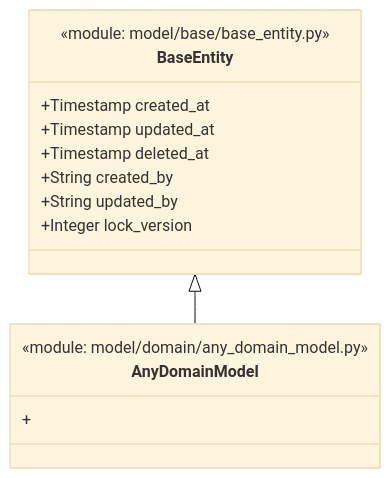
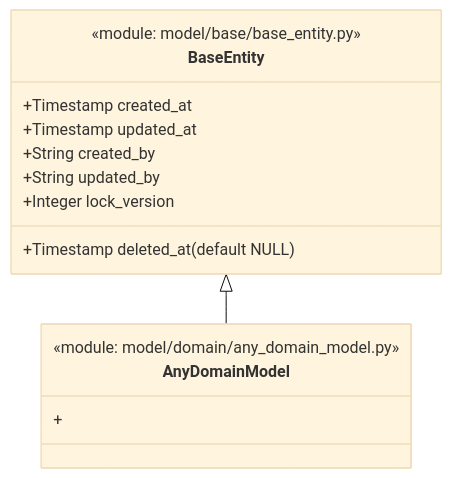
One commit to eSynergy-Solutions/architecture-patterns changed the sixth of 6 diagrams in Patterns/Apps/Microservices/python/BDP-FastApi-agentic.md. Above: the diagram before and after it, drawn with Mermaid (base theme).

Commit message:
Add default NULL note to deleted_at in BaseEntity diagram

````diff
--- a/Patterns/Apps/Microservices/python/BDP-FastApi-agentic.md
+++ b/Patterns/Apps/Microservices/python/BDP-FastApi-agentic.md
@@ -237,21 +237,21 @@
 ```mermaid
 classDiagram
     class BaseEntity {
         <<module: model/base/base_entity.py>>
         +Timestamp created_at
         +Timestamp updated_at
-        +Timestamp deleted_at
+        +Timestamp deleted_at (default NULL)
         +String created_by
         +String updated_by
         +Integer lock_version
     }
 
     class AnyDomainModel {
         <<module: model/domain/any_domain_model.py>>
         +<domain_specific_fields>
     }
 
     %% Relationships
     BaseEntity <|-- AnyDomainModel
 
 ```
````
